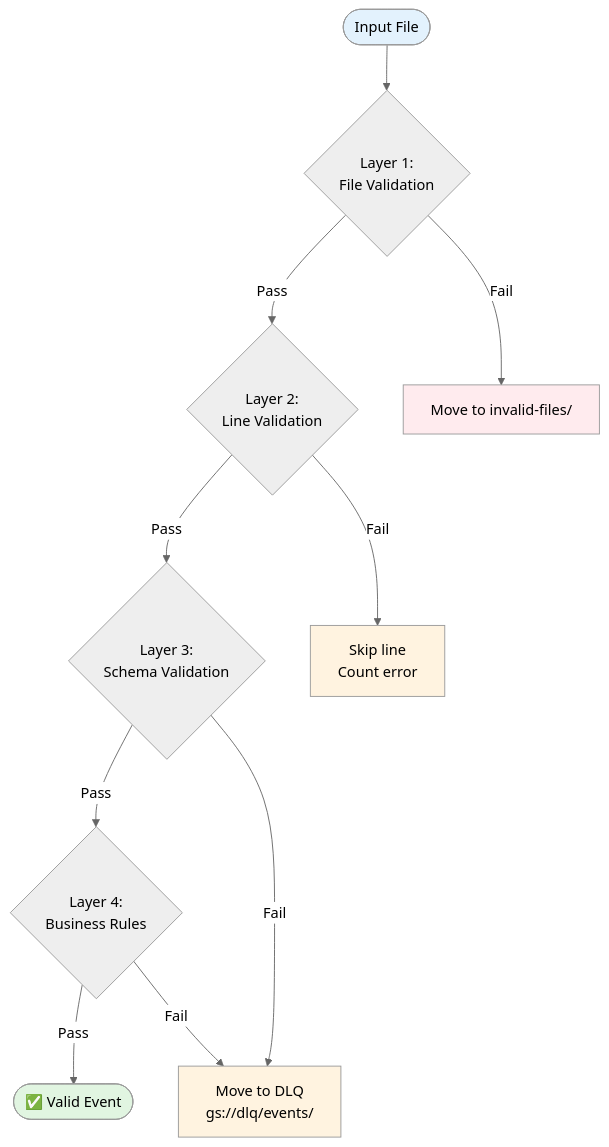
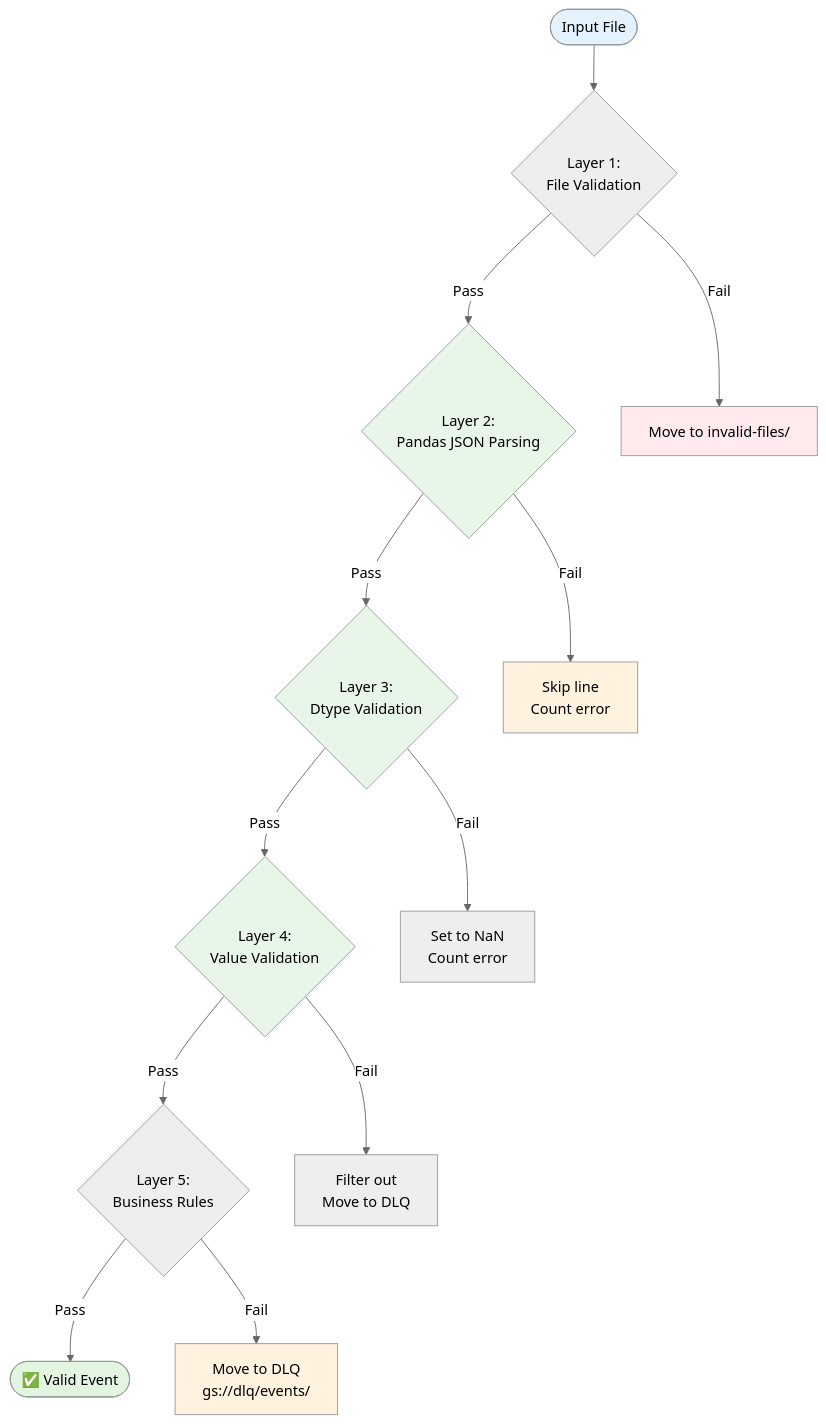
The diagram in design/github_archive/phase2_process_files/diagrams/04_validation_layers.md (prateekpanjla-outlook/gcp_data_proc), drawn with Mermaid (neutral theme) before and after one commit. The commit also changed other lines of this file and 8 other files, not shown here.

First line of the commit message:
refactor: simplify Phase 2 architecture - remove Firestore tracking

````diff
--- a/design/github_archive/phase2_process_files/diagrams/04_validation_layers.md
+++ b/design/github_archive/phase2_process_files/diagrams/04_validation_layers.md
@@ -3,22 +3,28 @@
 ```mermaid
 graph TB
     Input([Input File]) --> L1{Layer 1:<br>File Validation}
 
-    L1 -->|Pass| L2{Layer 2:<br>Line Validation}
+    L1 -->|Pass| L2{Layer 2:<br>Pandas JSON Parsing}
     L1 -->|Fail| Invalid[Move to invalid-files/]
 
-    L2 -->|Pass| L3{Layer 3:<br>Schema Validation}
+    L2 -->|Pass| L3{Layer 3:<br>Dtype Validation}
     L2 -->|Fail| Skip[Skip line<br>Count error]
 
-    L3 -->|Pass| L4{Layer 4:<br>Business Rules}
-    L3 -->|Fail| DLQ[Move to DLQ<br>gs://dlq/events/]
+    L3 -->|Pass| L4{Layer 4:<br>Value Validation}
+    L3 -->|Fail| NaN[Set to NaN<br>Count error]
 
-    L4 -->|Pass| Output([✅ Valid Event])
-    L4 -->|Fail| DLQ
+    L4 -->|Pass| L5{Layer 5:<br>Business Rules}
+    L4 -->|Fail| Filter[Filter out<br>Move to DLQ]
+
+    L5 -->|Pass| Output([✅ Valid Event])
+    L5 -->|Fail| DLQ[Move to DLQ<br>gs://dlq/events/]
 
     style Input fill:#e3f2fd
     style Output fill:#e1f5e1
     style Invalid fill:#ffebee
     style DLQ fill:#fff3e0
     style Skip fill:#fff3e0
+    style L2 fill:#e8f5e9
+    style L3 fill:#e8f5e9
+    style L4 fill:#e8f5e9
 ```
````
